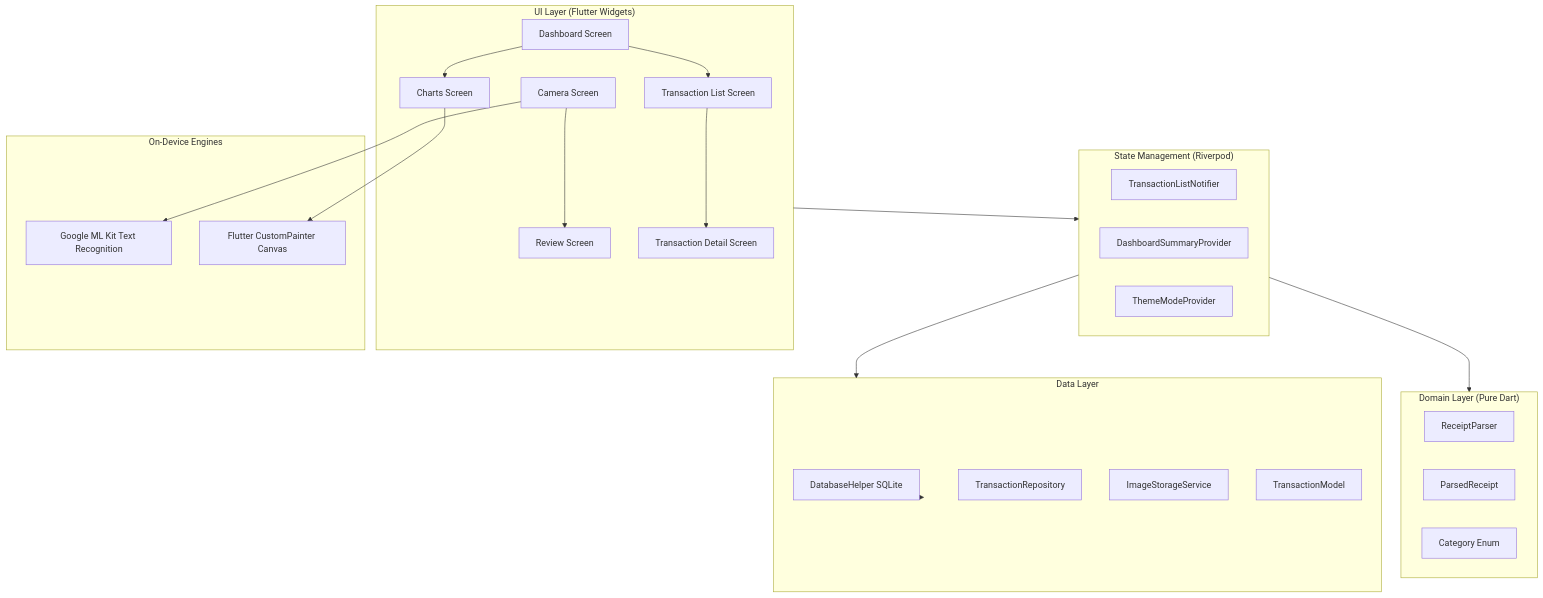
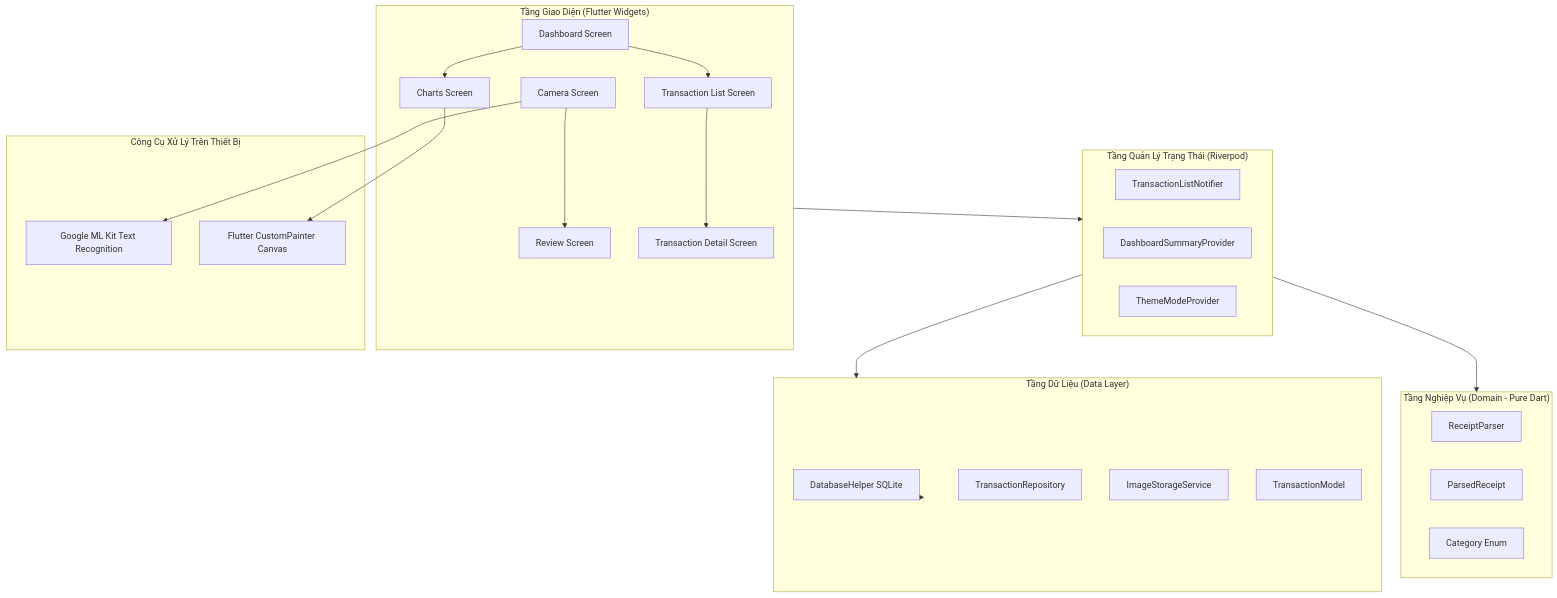
The diagram in README.md (hoanglean/Mini_Projetc3), drawn with Mermaid before and after one commit. The commit also changed other lines of this file, not shown here.

````diff
--- a/README.md
+++ b/README.md
@@ -49,40 +49,40 @@
 ```mermaid
 graph TB
-    subgraph UI["UI Layer (Flutter Widgets)"]
+    subgraph UI["Tầng Giao Diện (Flutter Widgets)"]
         A[Camera Screen] --> B[Review Screen]
         C[Dashboard Screen] --> D[Transaction List Screen]
         D --> E[Transaction Detail Screen]
         C --> F[Charts Screen]
     end
     
-    subgraph State["State Management (Riverpod)"]
+    subgraph State["Tầng Quản Lý Trạng Thái (Riverpod)"]
         G[TransactionListNotifier]
         H[DashboardSummaryProvider]
         I[ThemeModeProvider]
     end
     
-    subgraph Domain["Domain Layer (Pure Dart)"]
+    subgraph Domain["Tầng Nghiệp Vụ (Domain - Pure Dart)"]
         J[ReceiptParser]
         K[ParsedReceipt]
         L[Category Enum]
     end
     
-    subgraph Data["Data Layer"]
+    subgraph Data["Tầng Dữ Liệu (Data Layer)"]
         M[DatabaseHelper SQLite]
         N[TransactionRepository]
         O[ImageStorageService]
         P[TransactionModel]
     end
     
-    subgraph Engine["On-Device Engines"]
+    subgraph Engine["Công Cụ Xử Lý Trên Thiết Bị"]
         Q[Google ML Kit Text Recognition]
         R[Flutter CustomPainter Canvas]
     end
 
     UI --> State
     State --> Domain
     State --> Data
     Data --> M
     A --> Q
     F --> R
 ```
````
